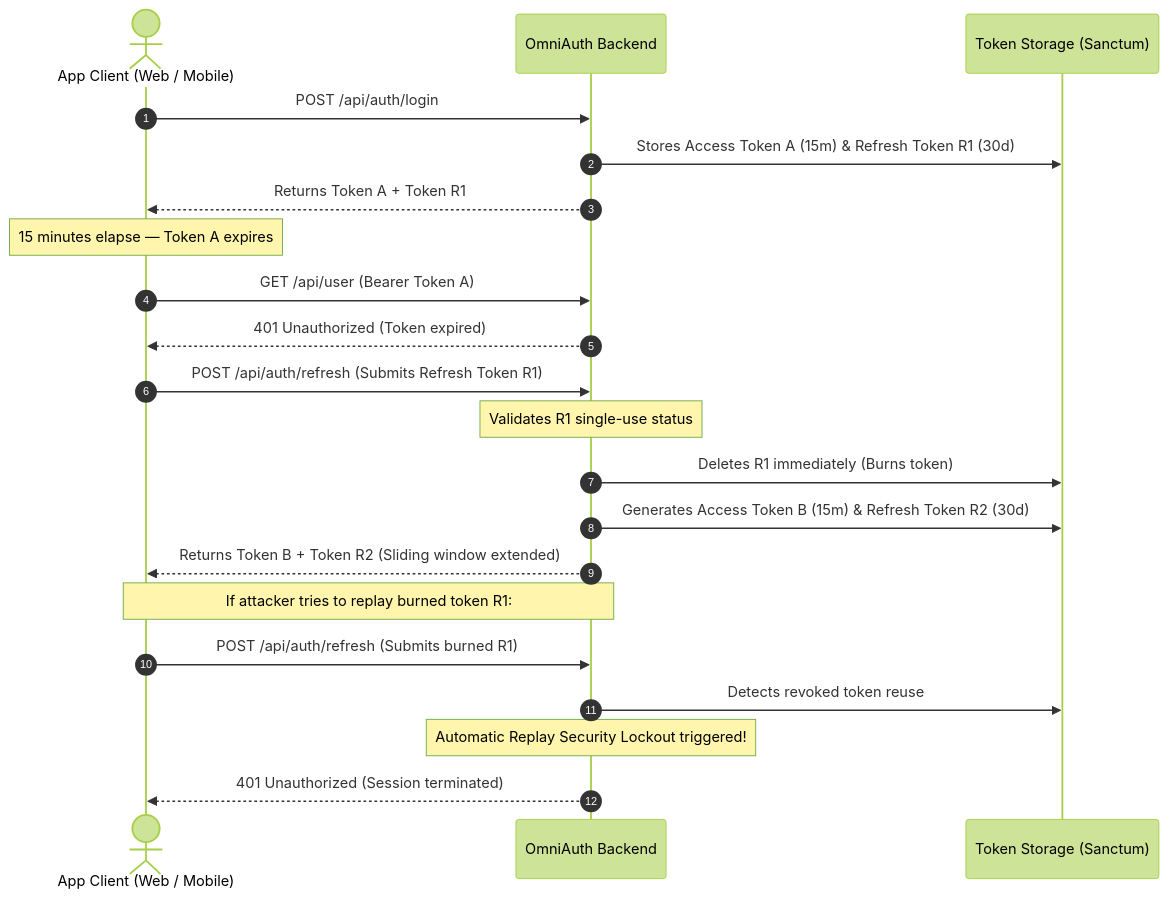
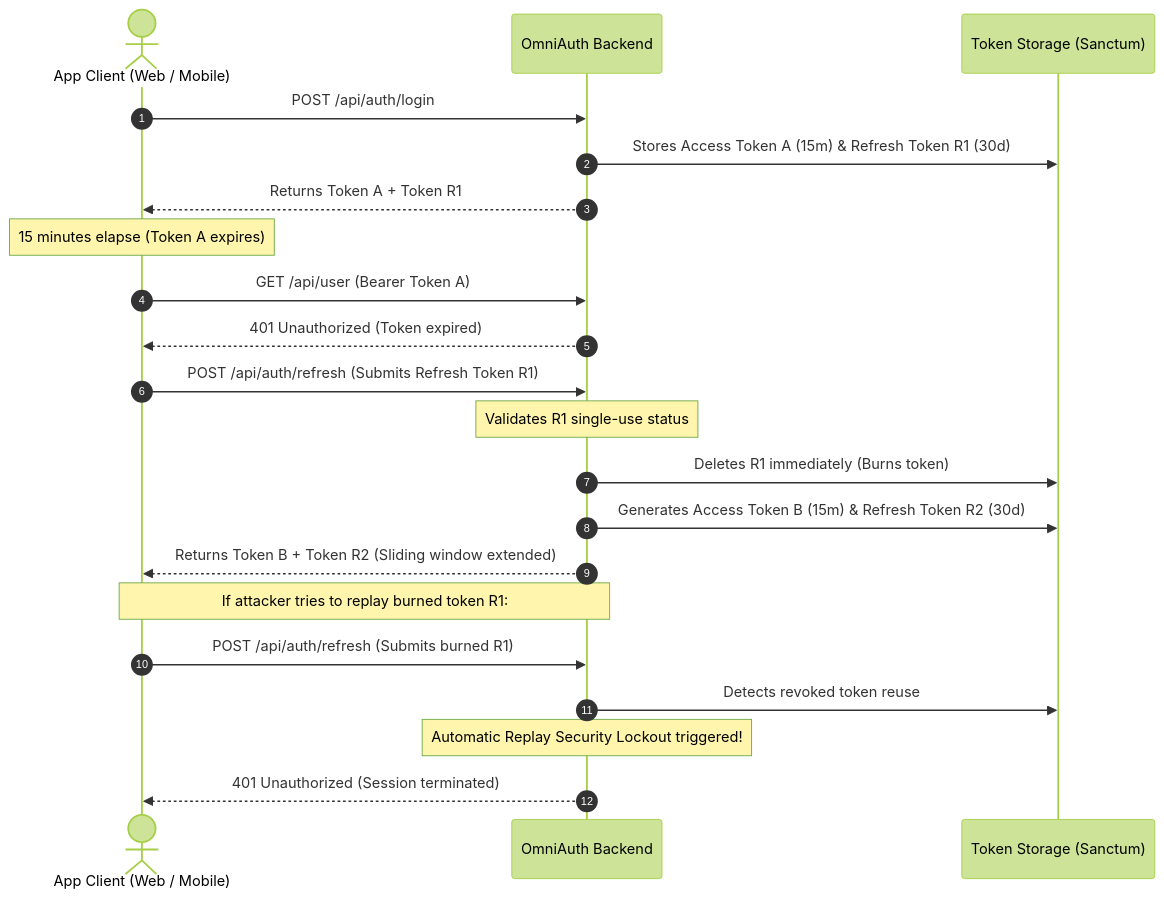
One commit to kaziomarsh24/laravel-omni-auth changed the diagram in docs/src/content/docs/architecture/token-rotation.md. Above: the diagram before and after it, drawn with Mermaid (forest theme). The commit also changed 10 other files, not shown here.

````diff
--- a/docs/src/content/docs/architecture/token-rotation.md
+++ b/docs/src/content/docs/architecture/token-rotation.md
@@ -17,27 +17,27 @@
 ```mermaid
 sequenceDiagram
     autonumber
     actor Client as App Client (Web / Mobile)
     participant Backend as OmniAuth Backend
     participant DB as Token Storage (Sanctum)
 
     Client->>Backend: POST /api/auth/login
     Backend->>DB: Stores Access Token A (15m) & Refresh Token R1 (30d)
     Backend-->>Client: Returns Token A + Token R1
 
-    Note over Client: 15 minutes elapse — Token A expires
+    Note over Client: 15 minutes elapse (Token A expires)
     Client->>Backend: GET /api/user (Bearer Token A)
     Backend-->>Client: 401 Unauthorized (Token expired)
 
     Client->>Backend: POST /api/auth/refresh (Submits Refresh Token R1)
     Note over Backend: Validates R1 single-use status
     Backend->>DB: Deletes R1 immediately (Burns token)
     Backend->>DB: Generates Access Token B (15m) & Refresh Token R2 (30d)
     Backend-->>Client: Returns Token B + Token R2 (Sliding window extended)
 
     Note over Client,Backend: If attacker tries to replay burned token R1:
     Client->>Backend: POST /api/auth/refresh (Submits burned R1)
     Backend->>DB: Detects revoked token reuse
     Note over Backend: Automatic Replay Security Lockout triggered!
     Backend-->>Client: 401 Unauthorized (Session terminated)
 ```
````
